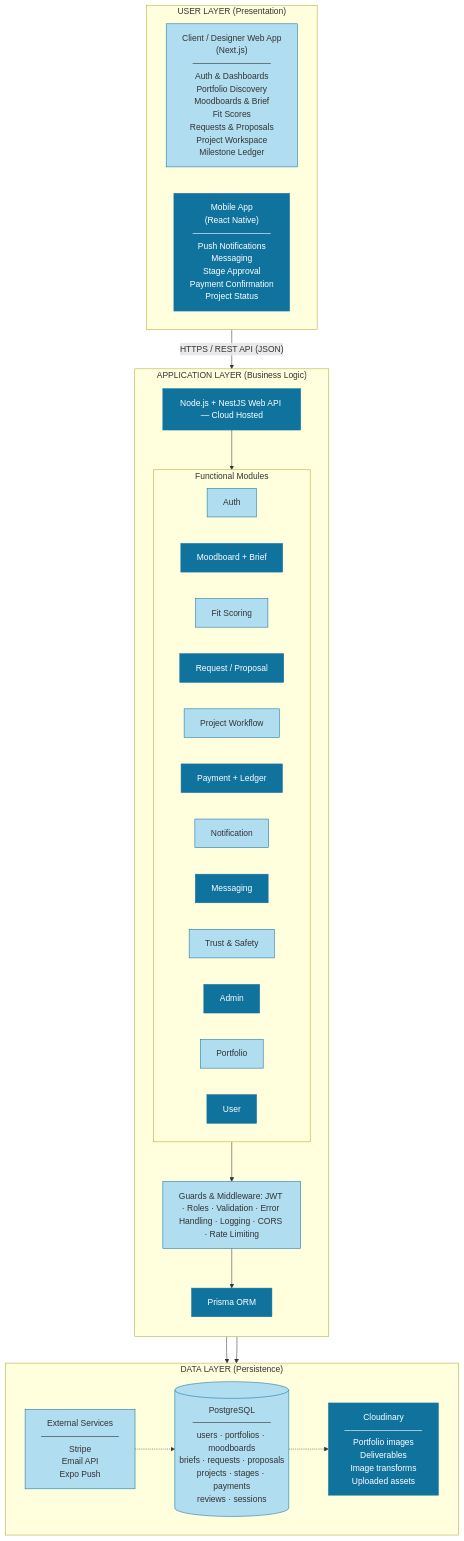
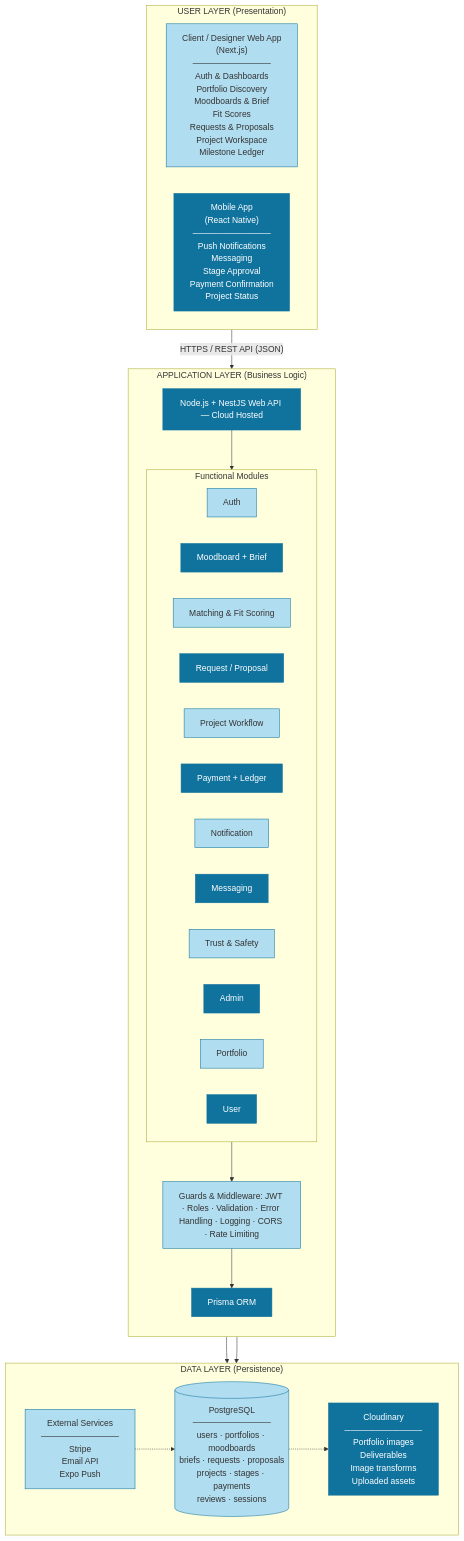
The third of 4 diagrams in docs/Proposal/diagrams/architecture-diagrams.md (MNSBaanu/Inside), drawn with Mermaid before and after one commit. The commit also changed other lines of this file and 2 other files, not shown here.

First line of the commit message:
docs(proposal): Update architecture diagrams to reflect marketplace features

````diff
--- a/docs/Proposal/diagrams/architecture-diagrams.md
+++ b/docs/Proposal/diagrams/architecture-diagrams.md
@@ -149,69 +149,69 @@
 ```mermaid
 flowchart TB
     subgraph userLayer ["USER LAYER (Presentation)"]
         direction LR
         Web["Client / Designer Web App<br/>(Next.js)<br/>─────────────<br/>Auth & Dashboards<br/>Portfolio Discovery<br/>Moodboards & Brief<br/>Fit Scores<br/>Requests & Proposals<br/>Project Workspace<br/>Milestone Ledger"]
         Mobile["Mobile App<br/>(React Native)<br/>─────────────<br/>Push Notifications<br/>Messaging<br/>Stage Approval<br/>Payment Confirmation<br/>Project Status"]
     end
 
     userLayer -->|"HTTPS / REST API (JSON)"| appLayer
 
     subgraph appLayer ["APPLICATION LAYER (Business Logic)"]
         direction TB
         API["Node.js + NestJS Web API — Cloud Hosted"]
         subgraph modules ["Functional Modules"]
             direction LR
             M1["Auth"]
             M2["Moodboard + Brief"]
-            M3["Fit Scoring"]
+            M3["Matching & Fit Scoring"]
             M4["Request / Proposal"]
             M5["Project Workflow"]
             M6["Payment + Ledger"]
             M7["Notification"]
             M8["Messaging"]
             M9["Trust & Safety"]
             M10["Admin"]
             M11["Portfolio"]
             M12["User"]
         end
         MW["Guards & Middleware: JWT · Roles · Validation · Error Handling · Logging · CORS · Rate Limiting"]
         PR["Prisma ORM"]
         API --> modules
         modules --> MW
         MW --> PR
     end
 
     appLayer --> dataLayer
 
     subgraph dataLayer ["DATA LAYER (Persistence)"]
         direction LR
         Ext["External Services<br/>─────────────<br/>Stripe<br/>Email API<br/>Expo Push"]
         DB[("PostgreSQL<br/>─────────────<br/>users · portfolios · moodboards<br/>briefs · requests · proposals<br/>projects · stages · payments<br/>reviews · sessions")]
         CL["Cloudinary<br/>─────────────<br/>Portfolio images<br/>Deliverables<br/>Image transforms<br/>Uploaded assets"]
         Ext -.-> DB
         DB -.-> CL
     end
 
     PR --> DB
 
     style API fill:#10739e,stroke:#10739e,color:#fff
     style Web fill:#B1DDF0,stroke:#10739e
     style Mobile fill:#10739e,stroke:#10739e,color:#fff
     style MW fill:#B1DDF0,stroke:#10739e
     style PR fill:#10739e,stroke:#10739e,color:#fff
     style M1 fill:#B1DDF0,stroke:#10739e
     style M2 fill:#10739e,stroke:#10739e,color:#fff
     style M3 fill:#B1DDF0,stroke:#10739e
     style M4 fill:#10739e,stroke:#10739e,color:#fff
     style M5 fill:#B1DDF0,stroke:#10739e
     style M6 fill:#10739e,stroke:#10739e,color:#fff
     style M7 fill:#B1DDF0,stroke:#10739e
     style M8 fill:#10739e,stroke:#10739e,color:#fff
     style M9 fill:#B1DDF0,stroke:#10739e
     style M10 fill:#10739e,stroke:#10739e,color:#fff
     style M11 fill:#B1DDF0,stroke:#10739e
     style M12 fill:#10739e,stroke:#10739e,color:#fff
     style DB fill:#B1DDF0,stroke:#10739e
     style Ext fill:#B1DDF0,stroke:#10739e
     style CL fill:#10739e,stroke:#10739e,color:#fff
 ```
````
